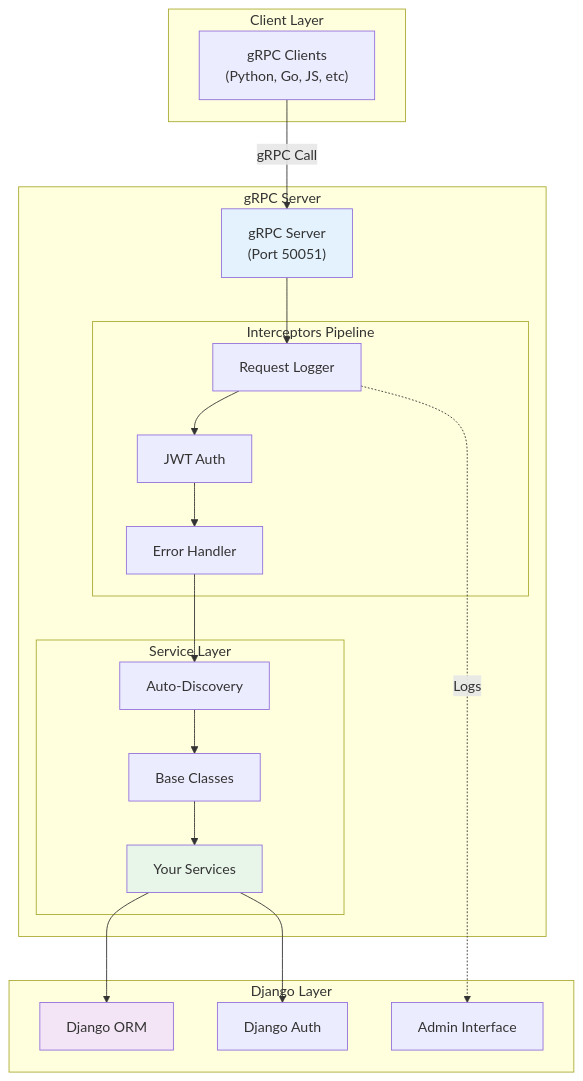
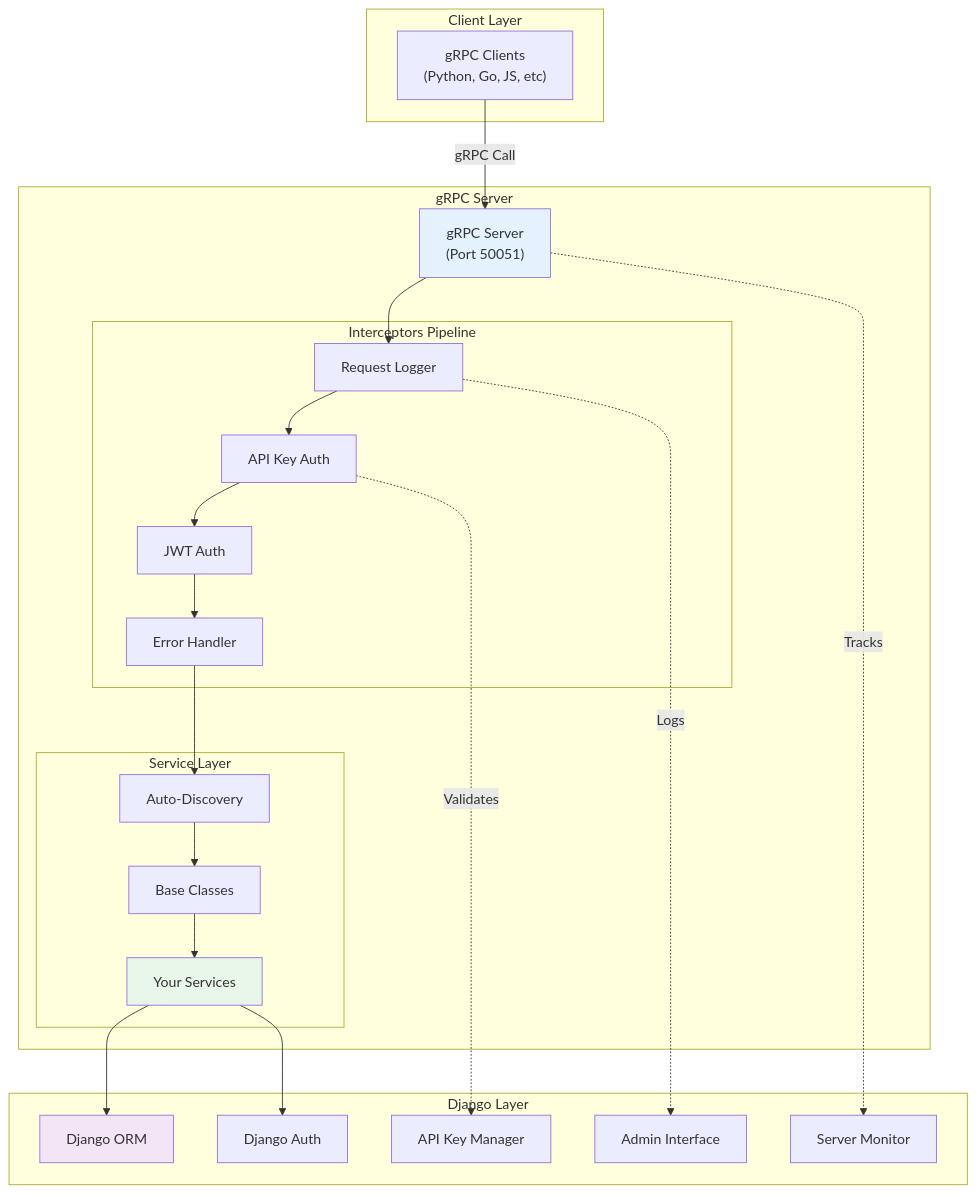
Before and after one commit to markolofsen/django-cfg: the first of 8 diagrams in docs/features/integrations/grpc/concepts.md, drawn with Mermaid. The commit also changed other lines of this file and 106 other files, not shown here.

First line of the commit message:
feat(grpc): add API key authentication and server monitoring

````diff
--- a/docs/features/integrations/grpc/concepts.md
+++ b/docs/features/integrations/grpc/concepts.md
@@ -18,39 +18,44 @@
 ```mermaid
 graph TB
     subgraph "Client Layer"
         Client["gRPC Clients<br/>(Python, Go, JS, etc)"]
     end
 
     subgraph "gRPC Server"
         Server["gRPC Server<br/>(Port 50051)"]
 
         subgraph "Interceptors Pipeline"
             I1["Request Logger"]
-            I2["JWT Auth"]
-            I3["Error Handler"]
+            I2["API Key Auth"]
+            I3["JWT Auth"]
+            I4["Error Handler"]
         end
 
         subgraph "Service Layer"
             Discovery["Auto-Discovery"]
             Base["Base Classes"]
             Services["Your Services"]
         end
     end
 
     subgraph "Django Layer"
         ORM["Django ORM"]
         Auth["Django Auth"]
         Admin["Admin Interface"]
+        ApiKeys["API Key Manager"]
+        ServerStatus["Server Monitor"]
     end
 
     Client -->|gRPC Call| Server
-    Server --> I1 --> I2 --> I3
-    I3 --> Discovery --> Base --> Services
+    Server --> I1 --> I2 --> I3 --> I4
+    I4 --> Discovery --> Base --> Services
     Services --> ORM
     Services --> Auth
     I1 -.->|Logs| Admin
+    I2 -.->|Validates| ApiKeys
+    Server -.->|Tracks| ServerStatus
 
     style Server fill:#e3f2fd
     style Services fill:#e8f5e9
     style ORM fill:#f3e5f5
 ```
````
